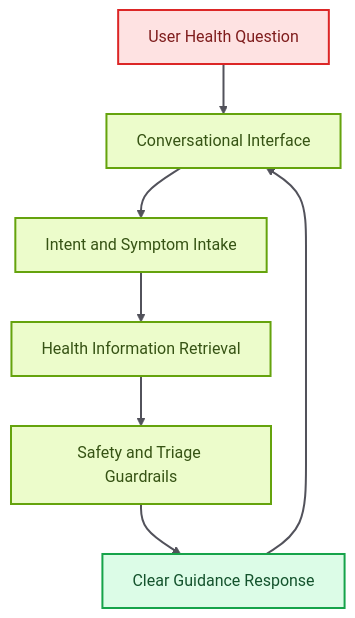
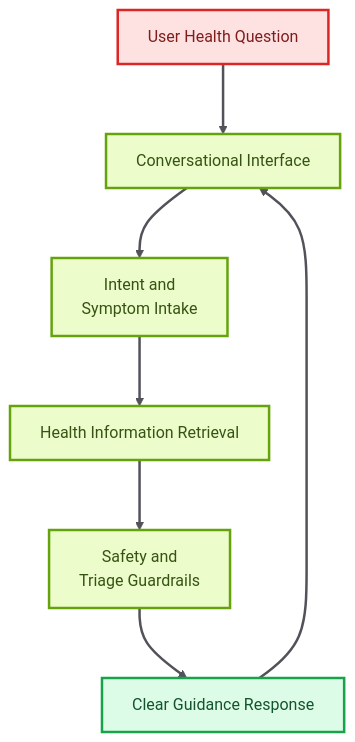
Before and after one commit to skx56/LLM-based-Health-Assistant: the diagram in README.md, drawn with Mermaid.

Commit message:
Make README architecture diagram vertical

````diff
--- a/README.md
+++ b/README.md
@@ -28,19 +28,20 @@
 ```mermaid
+%%{init: {"flowchart": {"nodeSpacing": 55, "rankSpacing": 70, "curve": "basis"}, "themeVariables": {"fontSize": "16px", "fontFamily": "Inter, ui-sans-serif, system-ui, -apple-system, BlinkMacSystemFont, Segoe UI, sans-serif"}}}%%
 flowchart TD
   User["User Health Question"] --> Interface["Conversational Interface"]
-  Interface --> Intake["Intent and Symptom Intake"]
+  Interface --> Intake["Intent and<br/>Symptom Intake"]
   Intake --> Retrieval["Health Information Retrieval"]
-  Retrieval --> Safety["Safety and Triage Guardrails"]
+  Retrieval --> Safety["Safety and<br/>Triage Guardrails"]
   Safety --> Response["Clear Guidance Response"]
   Response --> Interface
 
-  classDef inputs fill:#FEE2E2,stroke:#DC2626,color:#7F1D1D,stroke-width:2px;
-  classDef process fill:#ECFCCB,stroke:#65A30D,color:#365314,stroke-width:2px;
-  classDef data fill:#DBEAFE,stroke:#2563EB,color:#1E3A8A,stroke-width:2px;
-  classDef agent fill:#FAE8FF,stroke:#C026D3,color:#701A75,stroke-width:2px;
-  classDef output fill:#DCFCE7,stroke:#16A34A,color:#14532D,stroke-width:2px;
+  classDef inputs fill:#FEE2E2,stroke:#DC2626,color:#7F1D1D,stroke-width:2.5px;
+  classDef process fill:#ECFCCB,stroke:#65A30D,color:#365314,stroke-width:2.5px;
+  classDef data fill:#DBEAFE,stroke:#2563EB,color:#1E3A8A,stroke-width:2.5px;
+  classDef agent fill:#FAE8FF,stroke:#C026D3,color:#701A75,stroke-width:2.5px;
+  classDef output fill:#DCFCE7,stroke:#16A34A,color:#14532D,stroke-width:2.5px;
   class User inputs;
   class Interface,Intake,Retrieval,Safety process;
   class Response output;
-  linkStyle default stroke:#52525B,stroke-width:2px;
+  linkStyle default stroke:#52525B,stroke-width:2.5px;
 ```
````
